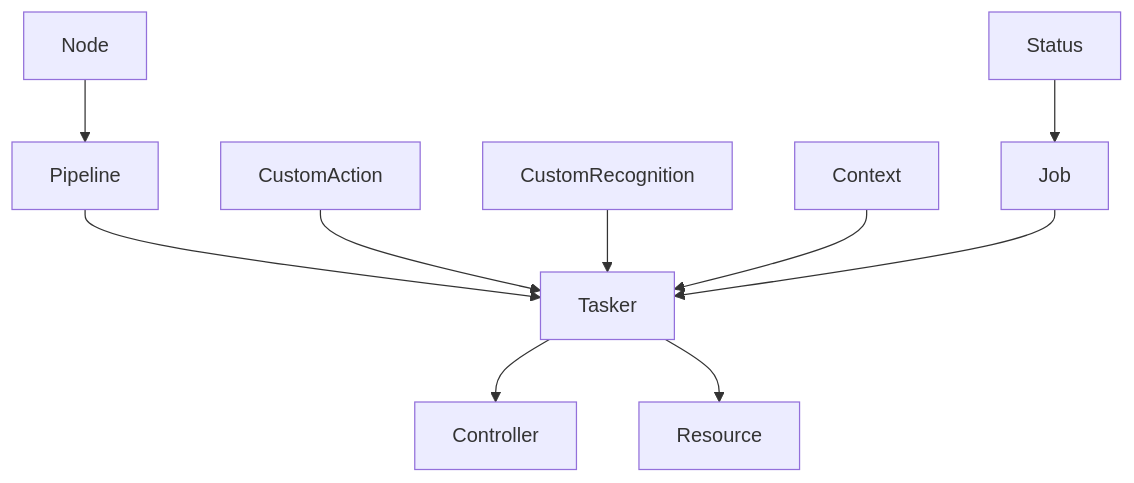
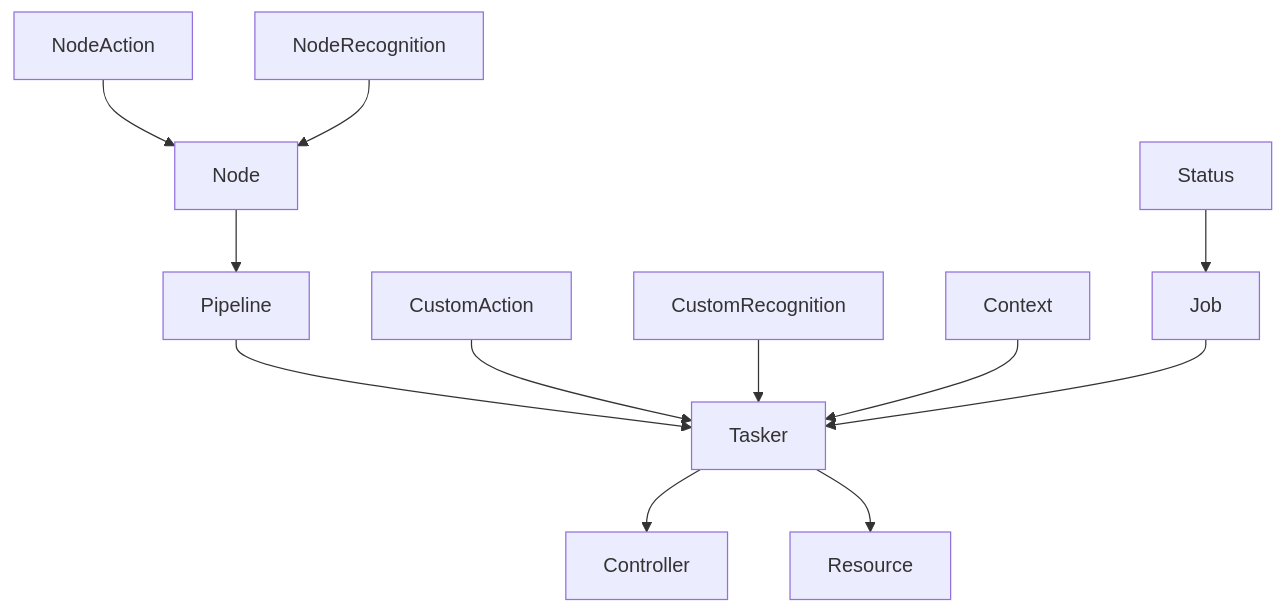
Before and after one commit to kqcoxn/MaaPipelineEditor: the tenth of 10 diagrams in instructions/maafw-golang-binding/高级功能/基于节点的流水线系统.md, drawn with Mermaid. The commit also changed other lines of this file and 10 other files, not shown here.

````diff
--- a/instructions/maafw-golang-binding/高级功能/基于节点的流水线系统.md
+++ b/instructions/maafw-golang-binding/高级功能/基于节点的流水线系统.md
@@ -283,12 +666,14 @@
 ```mermaid
 graph TD
 A[Node] --> B[Pipeline]
 B --> C[Tasker]
 C --> D[Controller]
 C --> E[Resource]
-F[CustomAction] --> C
-G[CustomRecognition] --> C
-H[Context] --> C
-I[Job] --> C
-J[Status] --> I
+F[NodeAction] --> A
+G[NodeRecognition] --> A
+H[CustomAction] --> C
+I[CustomRecognition] --> C
+J[Context] --> C
+K[Job] --> C
+L[Status] --> K
 ```
````
